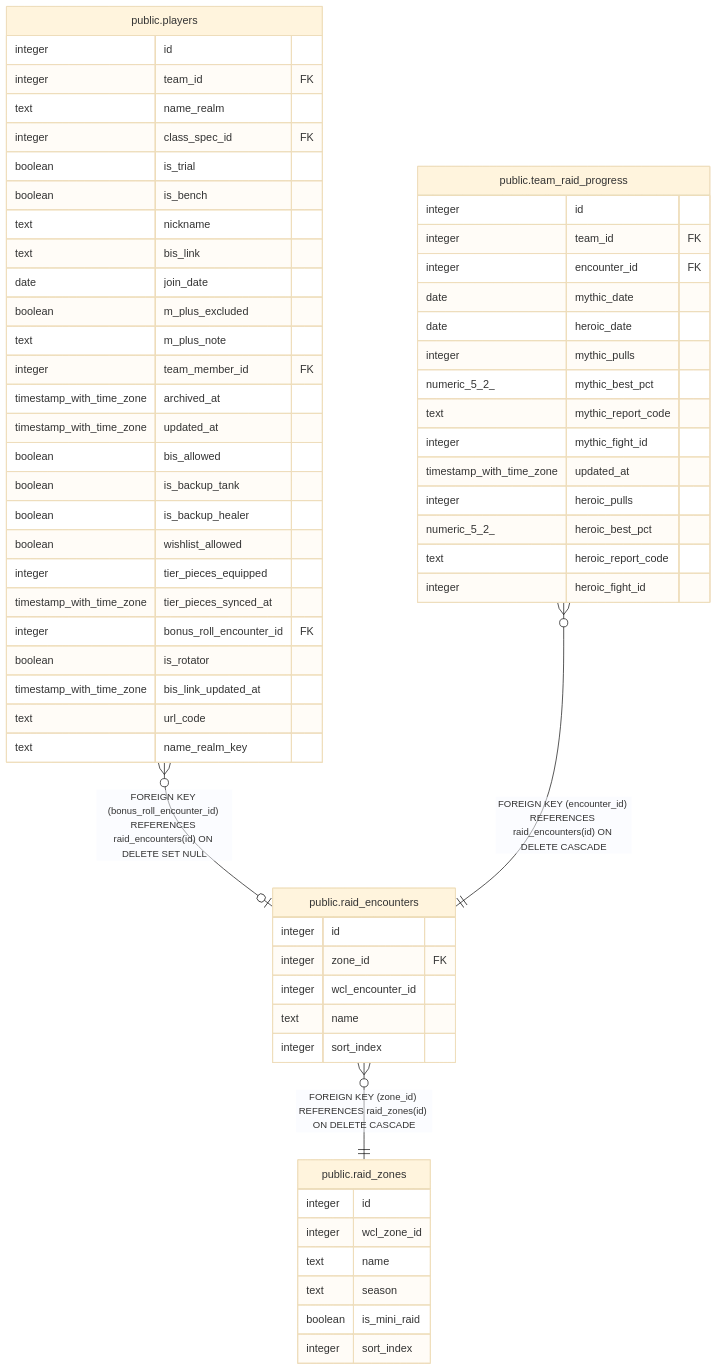
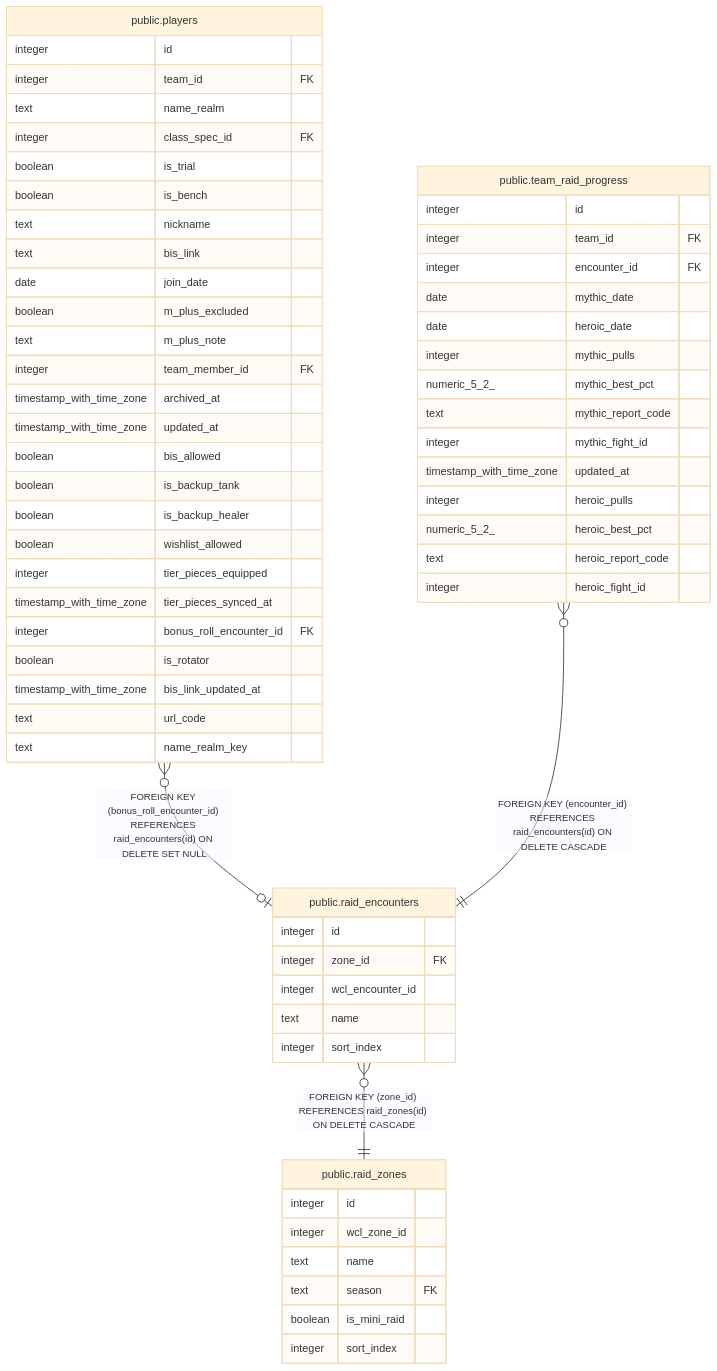
Before and after one commit to katogaming88/WGA-Raid-Hub: the diagram in dbdoc/public.raid_encounters.md, drawn with Mermaid (base theme). The commit also changed 64 other files, not shown here.

````diff
--- a/dbdoc/public.raid_encounters.md
+++ b/dbdoc/public.raid_encounters.md
@@ -30,66 +30,66 @@
 ```mermaid
 erDiagram
 
 "public.players" }o--o| "public.raid_encounters" : "FOREIGN KEY (bonus_roll_encounter_id) REFERENCES raid_encounters(id) ON DELETE SET NULL"
 "public.team_raid_progress" }o--|| "public.raid_encounters" : "FOREIGN KEY (encounter_id) REFERENCES raid_encounters(id) ON DELETE CASCADE"
 "public.raid_encounters" }o--|| "public.raid_zones" : "FOREIGN KEY (zone_id) REFERENCES raid_zones(id) ON DELETE CASCADE"
 
 "public.raid_encounters" {
   integer id
   integer zone_id FK
   integer wcl_encounter_id
   text name
   integer sort_index
 }
 "public.players" {
   integer id
   integer team_id FK
   text name_realm
   integer class_spec_id FK
   boolean is_trial
   boolean is_bench
   text nickname
   text bis_link
   date join_date
   boolean m_plus_excluded
   text m_plus_note
   integer team_member_id FK
   timestamp_with_time_zone archived_at
   timestamp_with_time_zone updated_at
   boolean bis_allowed
   boolean is_backup_tank
   boolean is_backup_healer
   boolean wishlist_allowed
   integer tier_pieces_equipped
   timestamp_with_time_zone tier_pieces_synced_at
   integer bonus_roll_encounter_id FK
   boolean is_rotator
   timestamp_with_time_zone bis_link_updated_at
   text url_code
   text name_realm_key
 }
 "public.team_raid_progress" {
   integer id
   integer team_id FK
   integer encounter_id FK
   date mythic_date
   date heroic_date
   integer mythic_pulls
   numeric_5_2_ mythic_best_pct
   text mythic_report_code
   integer mythic_fight_id
   timestamp_with_time_zone updated_at
   integer heroic_pulls
   numeric_5_2_ heroic_best_pct
   text heroic_report_code
   integer heroic_fight_id
 }
 "public.raid_zones" {
   integer id
   integer wcl_zone_id
   text name
-  text season
+  text season FK
   boolean is_mini_raid
   integer sort_index
 }
 ```
````
